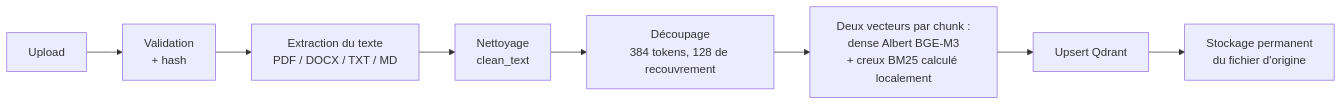
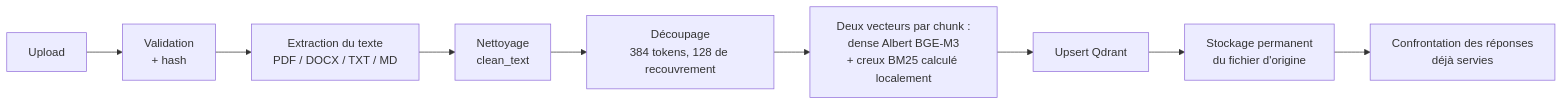
Before and after one commit to ThomasHWD/TicketAI: the second of 2 diagrams in Docs/fonctionnalites/base-de-connaissances.md, drawn with Mermaid. The commit also changed other lines of this file and 8 other files, not shown here.

````diff
--- a/Docs/fonctionnalites/base-de-connaissances.md
+++ b/Docs/fonctionnalites/base-de-connaissances.md
@@ -80,10 +80,11 @@
 ```mermaid
 flowchart LR
     A[Upload] --> B[Validation<br/>+ hash]
     B --> C[Extraction du texte<br/>PDF / DOCX / TXT / MD]
     C --> D[Nettoyage<br/>clean_text]
     D --> E[Découpage<br/>384 tokens, 128 de recouvrement]
     E --> F[Deux vecteurs par chunk :<br/>dense Albert BGE-M3<br/>+ creux BM25 calculé localement]
     F --> G[Upsert Qdrant]
     G --> H[Stockage permanent<br/>du fichier d'origine]
+    H --> I[Confrontation des réponses<br/>déjà servies]
 ```
````
